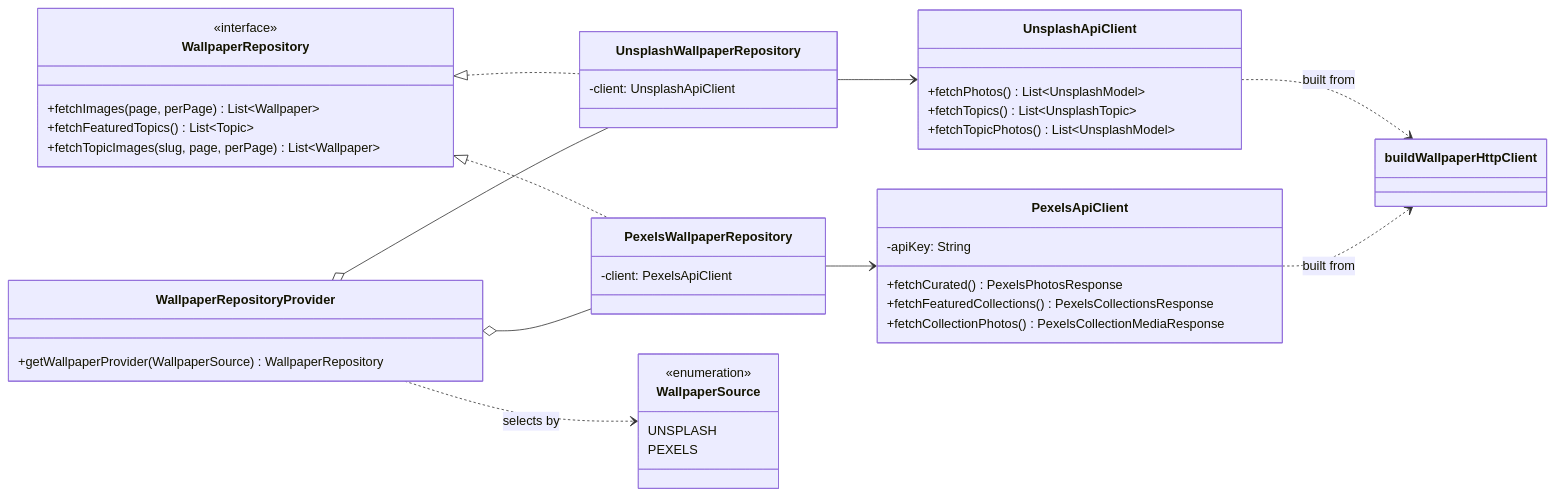
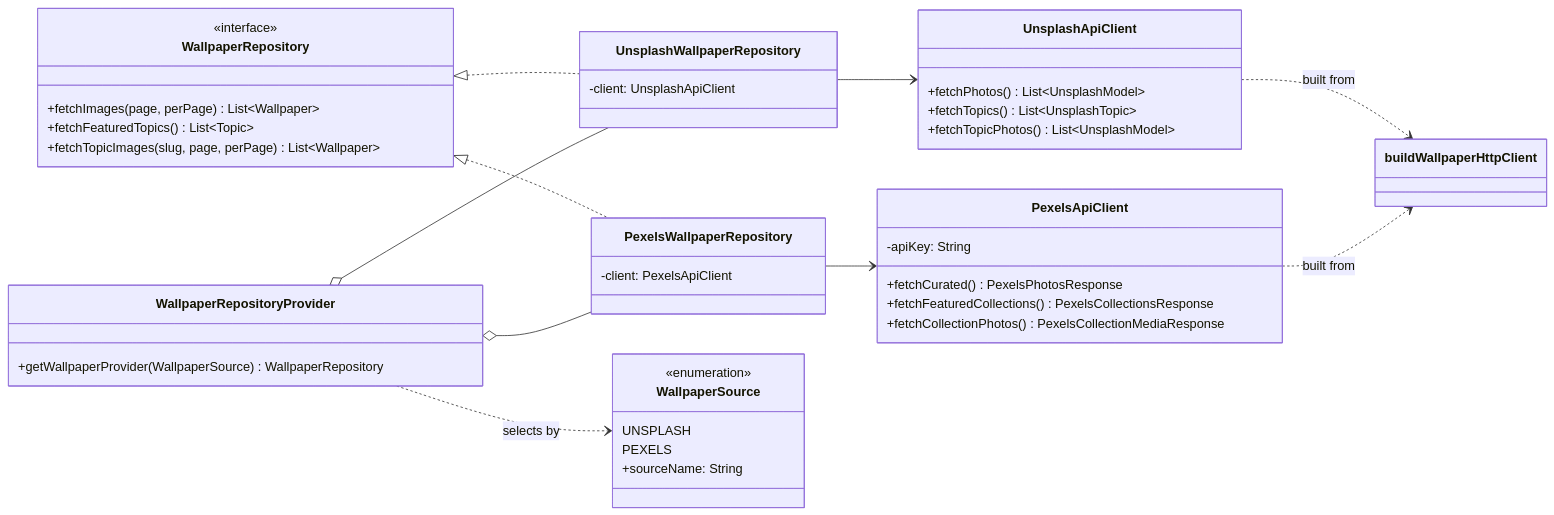
One commit to AnikethanVA/Splashnt changed the second of 5 diagrams in docs/architecture.md. Above: the diagram before and after it, drawn with Mermaid. The commit also changed other lines of this file and 1 other file, not shown here.

Commit message:
Document user-facing source switching (bottom-sheet picker)

````diff
--- a/docs/architecture.md
+++ b/docs/architecture.md
@@ -82,46 +84,47 @@
 ```mermaid
 classDiagram
     direction LR
 
     class WallpaperRepository {
         <<interface>>
         +fetchImages(page, perPage) List~Wallpaper~
         +fetchFeaturedTopics() List~Topic~
         +fetchTopicImages(slug, page, perPage) List~Wallpaper~
     }
     class UnsplashWallpaperRepository {
         -client: UnsplashApiClient
     }
     class PexelsWallpaperRepository {
         -client: PexelsApiClient
     }
     class WallpaperRepositoryProvider {
         +getWallpaperProvider(WallpaperSource) WallpaperRepository
     }
     class WallpaperSource {
         <<enumeration>>
         UNSPLASH
         PEXELS
+        +sourceName: String
     }
     class UnsplashApiClient {
         +fetchPhotos() List~UnsplashModel~
         +fetchTopics() List~UnsplashTopic~
         +fetchTopicPhotos() List~UnsplashModel~
     }
     class PexelsApiClient {
         -apiKey: String
         +fetchCurated() PexelsPhotosResponse
         +fetchFeaturedCollections() PexelsCollectionsResponse
         +fetchCollectionPhotos() PexelsCollectionMediaResponse
     }
 
     WallpaperRepository <|.. UnsplashWallpaperRepository
     WallpaperRepository <|.. PexelsWallpaperRepository
     WallpaperRepositoryProvider o-- UnsplashWallpaperRepository
     WallpaperRepositoryProvider o-- PexelsWallpaperRepository
     WallpaperRepositoryProvider ..> WallpaperSource : selects by
     UnsplashWallpaperRepository --> UnsplashApiClient
     PexelsWallpaperRepository --> PexelsApiClient
     UnsplashApiClient ..> buildWallpaperHttpClient : built from
     PexelsApiClient ..> buildWallpaperHttpClient : built from
 ```
````
